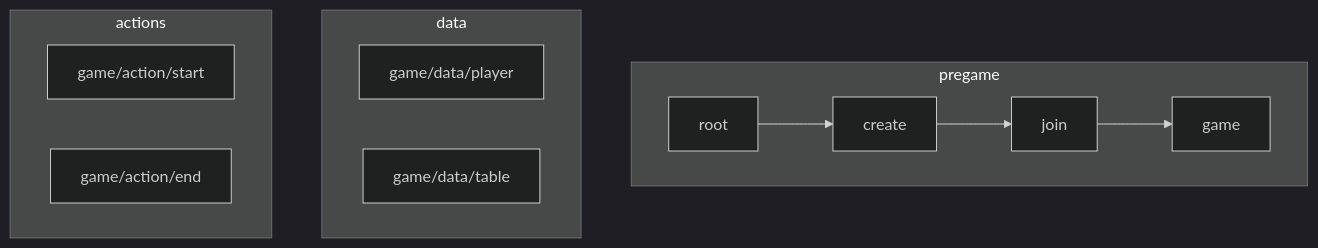
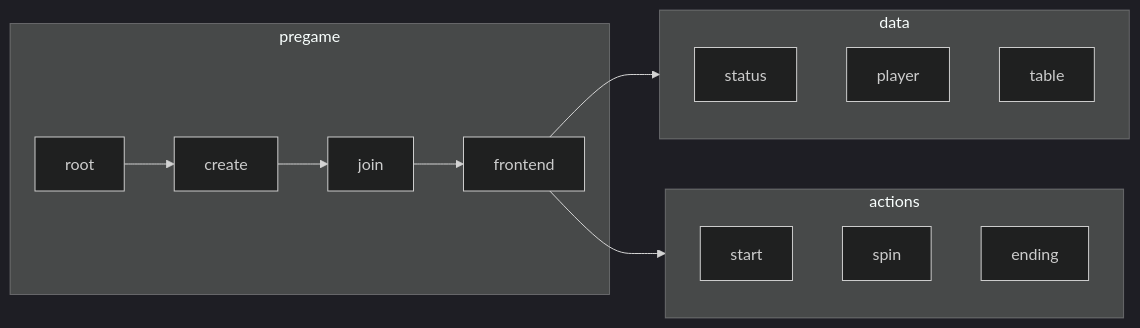
Before and after one commit to grackleclub/rulette: the second of 2 diagrams in README.md, drawn with Mermaid (dark theme). The commit also changed other lines of this file, not shown here.

Commit message:
update diagrams and badge formatting

````diff
--- a/README.md
+++ b/README.md
@@ -39,17 +40,27 @@
 ```mermaid
-flowchart TD
+flowchart LR
+
   subgraph pregame
     root --> create
     create --> join
-    join --> game
+    join --> frontend
   end
+
   subgraph data
-    game/data/player
-    game/data/player
-    game/data/table
+    status
+    player
+    table
   end
+
   subgraph actions
-    game/action/start
-    game/action/end
+    start
+    spin
+    ending
   end
+
+  frontend --> data
+  frontend --> actions
+
+
+
 ```
````
